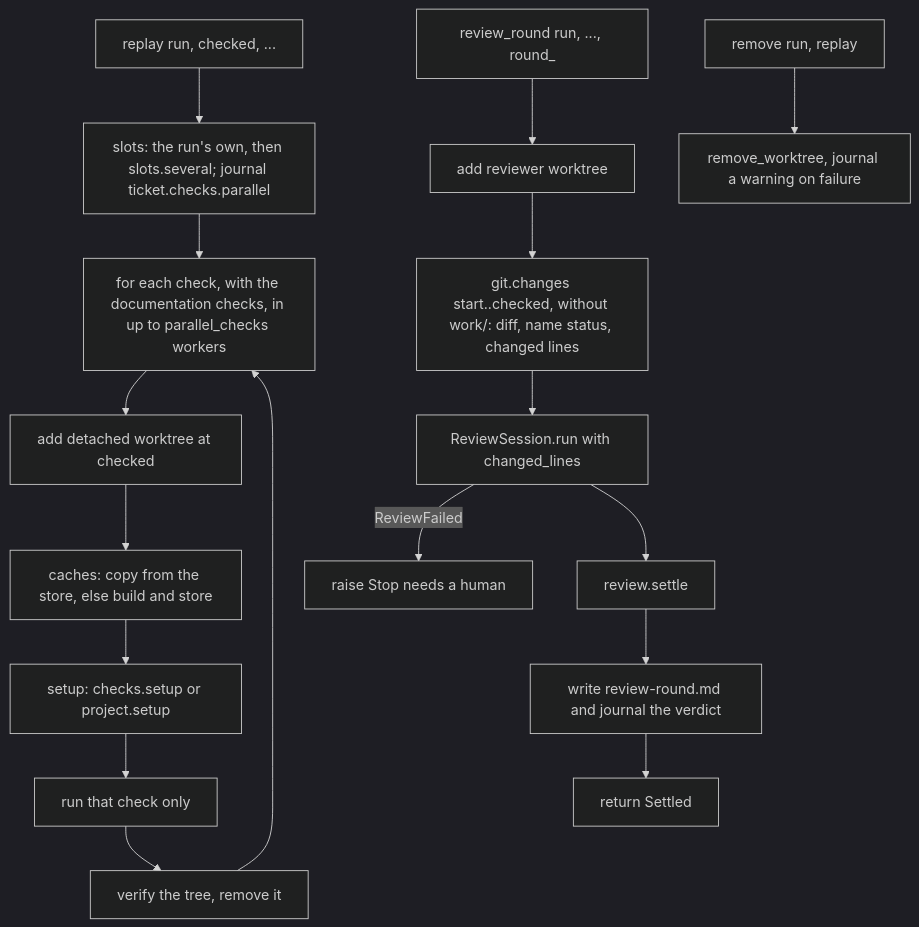
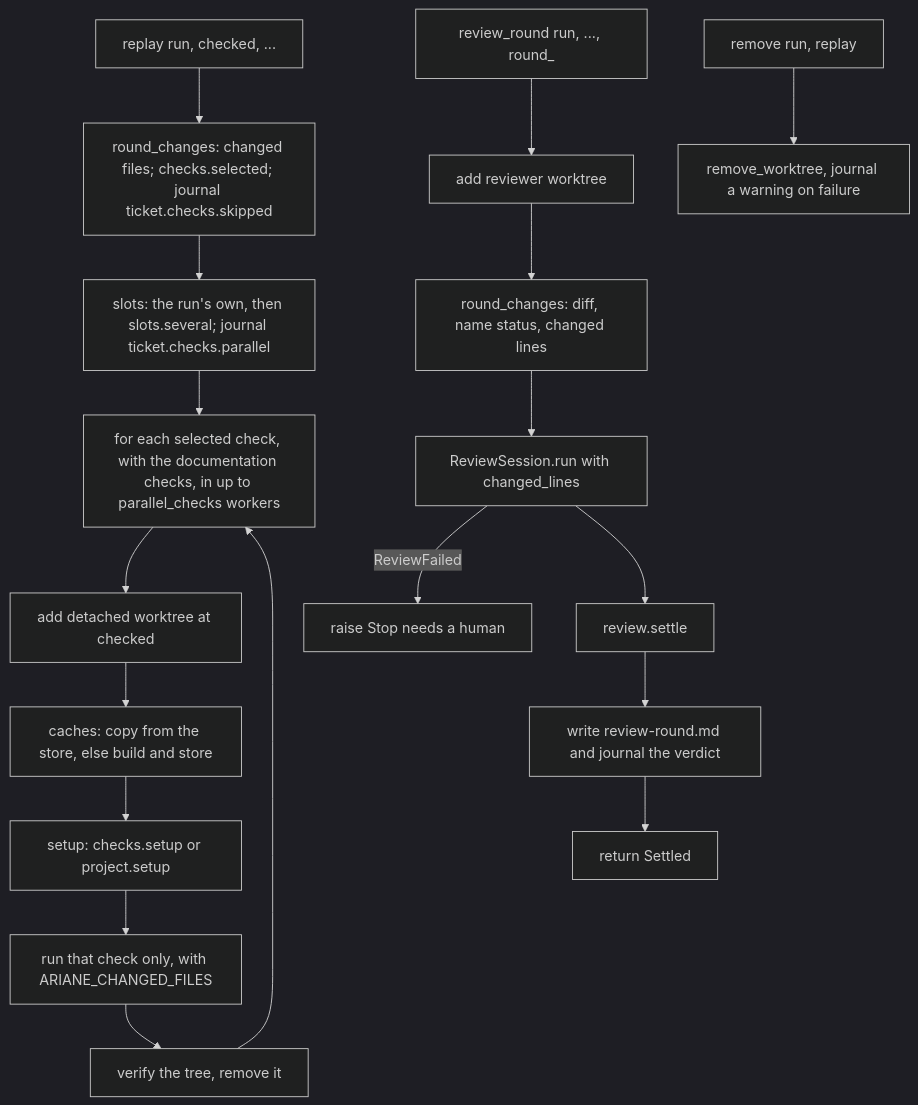
The first of 3 diagrams in docs/architecture/modules/replay.md (plaplanche/ariane), drawn with Mermaid (dark theme) before and after one commit. The commit also changed other lines of this file and 27 other files, not shown here.

Commit message:
#184: Selective checks: checks[].paths and ARIANE_CHANGED_FILES (C9)

````diff
--- a/docs/architecture/modules/replay.md
+++ b/docs/architecture/modules/replay.md
@@ -33,19 +35,20 @@
 ```mermaid
 flowchart TD
-  A[replay run, checked, ...] --> A2[slots: the run's own, then slots.several; journal ticket.checks.parallel]
-  A2 --> B[for each check, with the documentation checks, in up to parallel_checks workers]
+  A[replay run, checked, ...] --> A1[round_changes: changed files; checks.selected; journal ticket.checks.skipped]
+  A1 --> A2[slots: the run's own, then slots.several; journal ticket.checks.parallel]
+  A2 --> B[for each selected check, with the documentation checks, in up to parallel_checks workers]
   B --> C[add detached worktree at checked]
   C --> C2[caches: copy from the store, else build and store]
   C2 --> D[setup: checks.setup or project.setup]
-  D --> E[run that check only]
+  D --> E[run that check only, with ARIANE_CHANGED_FILES]
   E --> F[verify the tree, remove it]
   F --> B
   G[review_round run, ..., round_] --> H[add reviewer worktree]
-  H --> H2[git.changes start..checked, without work/: diff, name status, changed lines]
+  H --> H2[round_changes: diff, name status, changed lines]
   H2 --> I[ReviewSession.run with changed_lines]
   I -- ReviewFailed --> X[raise Stop needs a human]
   I --> J[review.settle]
   J --> K[write review-round.md and journal the verdict]
   K --> L[return Settled]
   M[remove run, replay] --> N[remove_worktree, journal a warning on failure]
 ```
````
